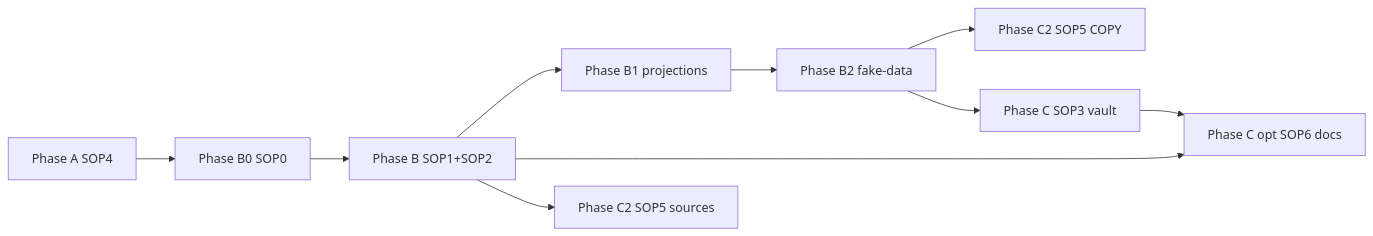
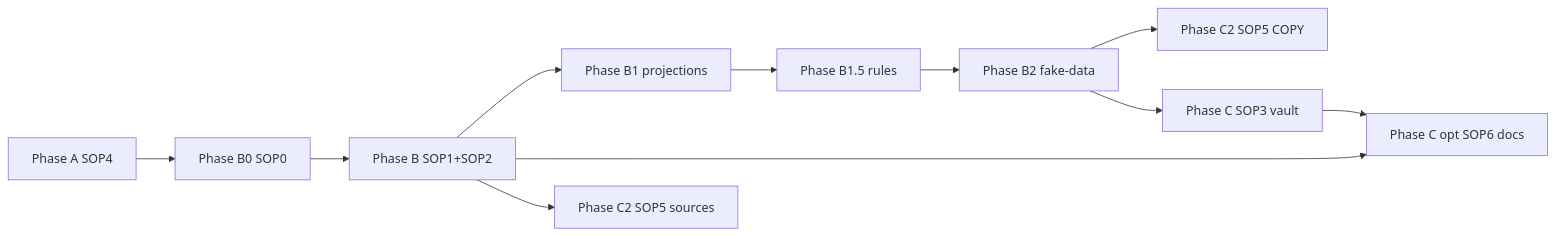
Before and after one commit to mindflight-orchestrator/starter-kit-ghostcrab-perso: the diagram in starterkit/pro-mcp/ROUTE_MAP.md, drawn with Mermaid. The commit also changed other lines of this file and 3 other files, not shown here.

First line of the commit message:
Add B1.5 business rules catalog gate before fake-data generation.

````diff
--- a/starterkit/pro-mcp/ROUTE_MAP.md
+++ b/starterkit/pro-mcp/ROUTE_MAP.md
@@ -33,12 +34,13 @@
 ```mermaid
 flowchart LR
   SOP4[Phase A SOP4] --> SOP0[Phase B0 SOP0]
   SOP0 --> SOP1B[Phase B SOP1+SOP2]
   SOP1B --> SOP1proj[Phase B1 projections]
-  SOP1proj --> SOP2fake[Phase B2 fake-data]
+  SOP1proj --> SOP15rules[Phase B1.5 rules]
+  SOP15rules --> SOP2fake[Phase B2 fake-data]
   SOP2fake --> SOP5C2[Phase C2 SOP5 COPY]
   SOP2fake --> SOP3[Phase C SOP3 vault]
   SOP1B --> SOP6[Phase C opt SOP6 docs]
   SOP1B --> SOP5[Phase C2 SOP5 sources]
   SOP3 --> SOP6
 ```
````
